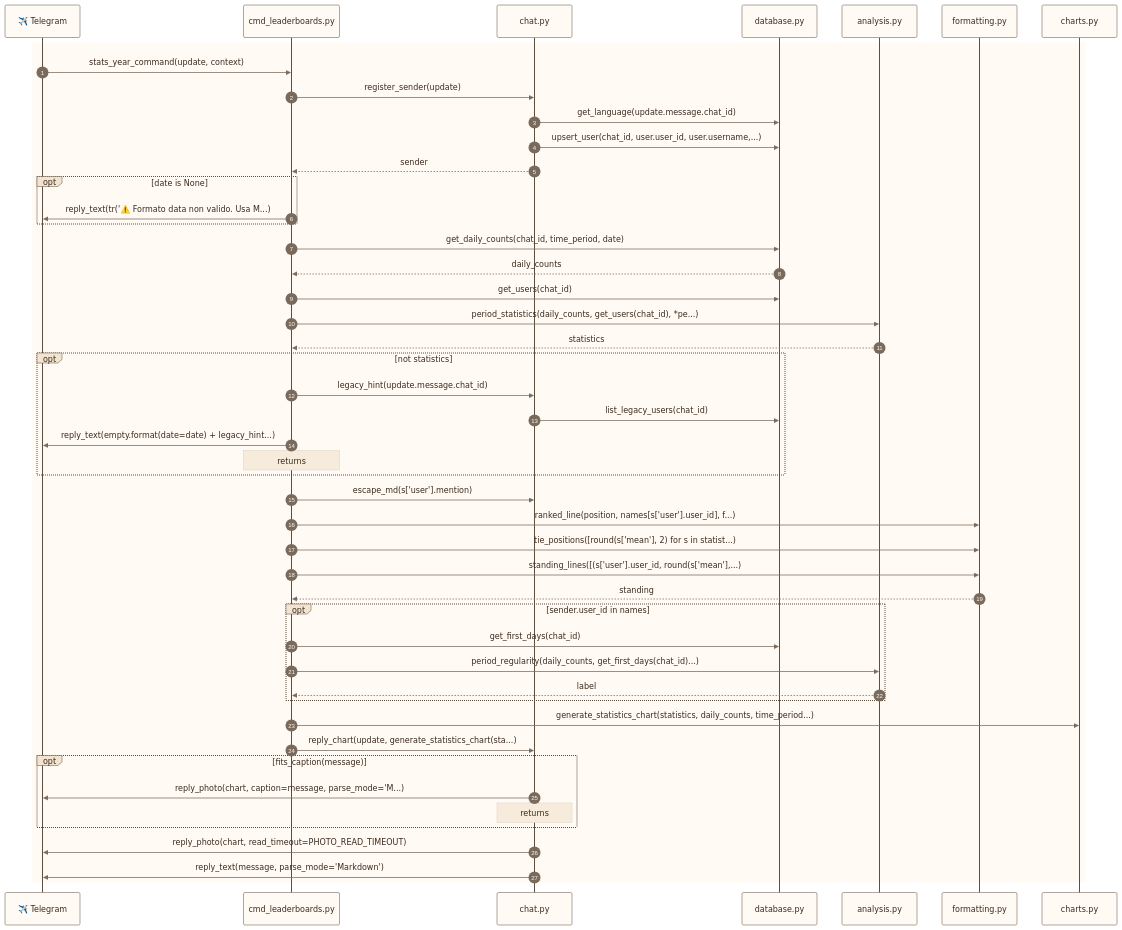
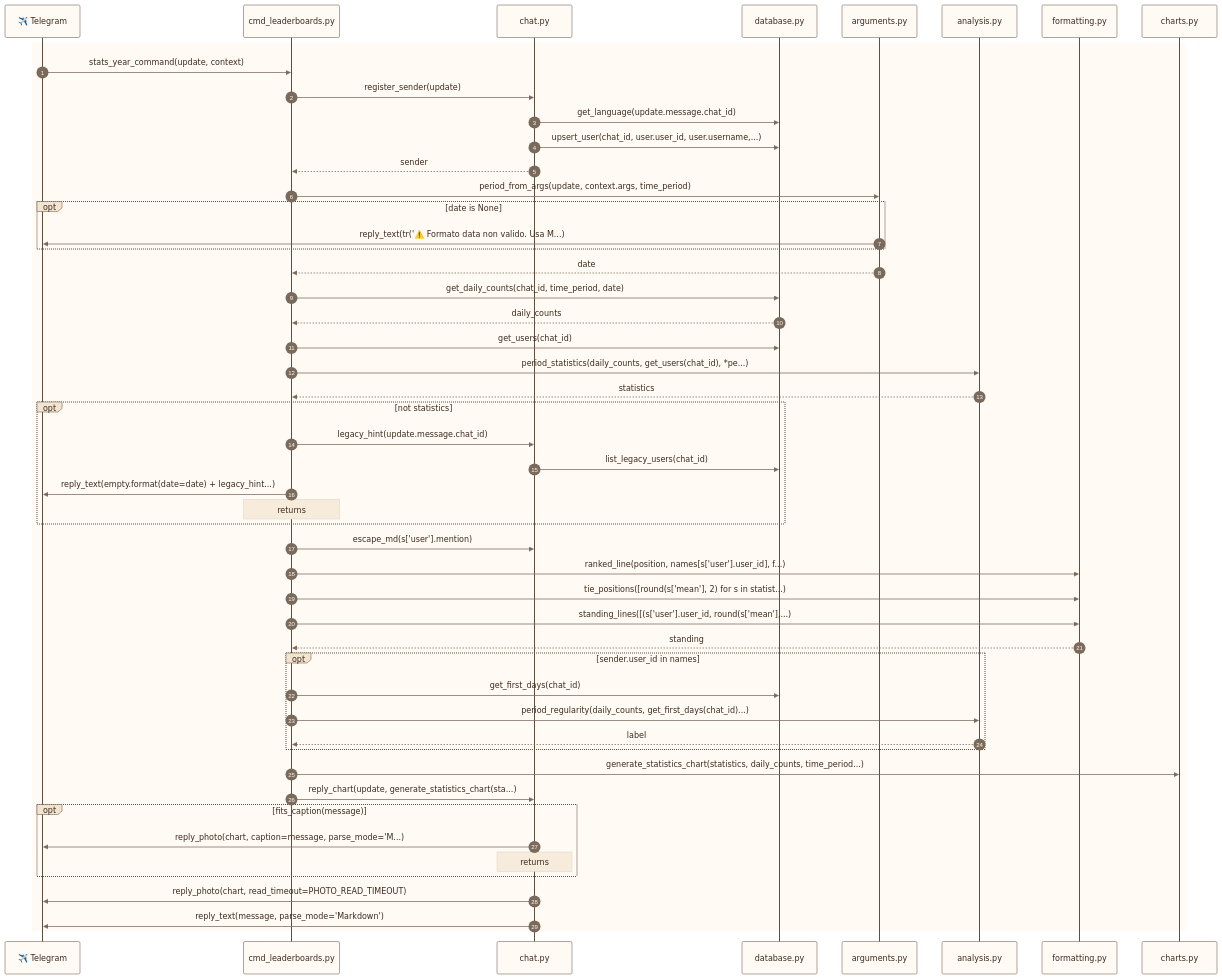
One commit to francescoperrino/Caccometro changed the tenth of 42 diagrams in docs/use_cases.md. Above: the diagram before and after it, drawn with Mermaid. The commit also changed other lines of this file and 9 other files, not shown here.

```diff
--- a/docs/use_cases.md
+++ b/docs/use_cases.md
@@ -816,6 +843,7 @@
     participant cmd_leaderboards as cmd_leaderboards.py
     participant chat as chat.py
     participant database as database.py
+    participant arguments as arguments.py
     participant analysis as analysis.py
     participant formatting as formatting.py
     participant charts as charts.py
@@ -825,9 +853,11 @@
         chat->>database: get_language(update.message.chat_id)
         chat->>database: upsert_user(chat_id, user.user_id, user.username,...)
         chat-->>cmd_leaderboards: sender
+        cmd_leaderboards->>arguments: period_from_args(update, context.args, time_period)
         opt date is None
-            cmd_leaderboards->>telegram: reply_text(tr('⚠️ Formato data non valido. Usa M...)
+            arguments->>telegram: reply_text(tr('⚠️ Formato data non valido. Usa M...)
         end
+        arguments-->>cmd_leaderboards: date
         cmd_leaderboards->>database: get_daily_counts(chat_id, time_period, date)
         database-->>cmd_leaderboards: daily_counts
         cmd_leaderboards->>database: get_users(chat_id)
```
